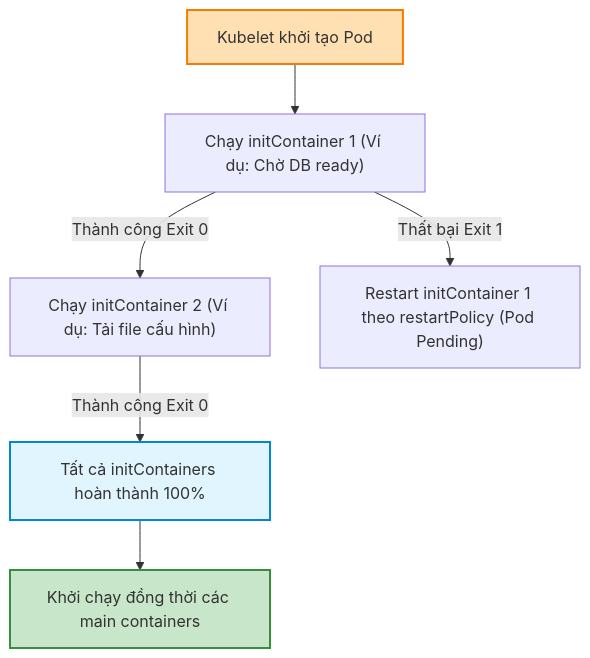
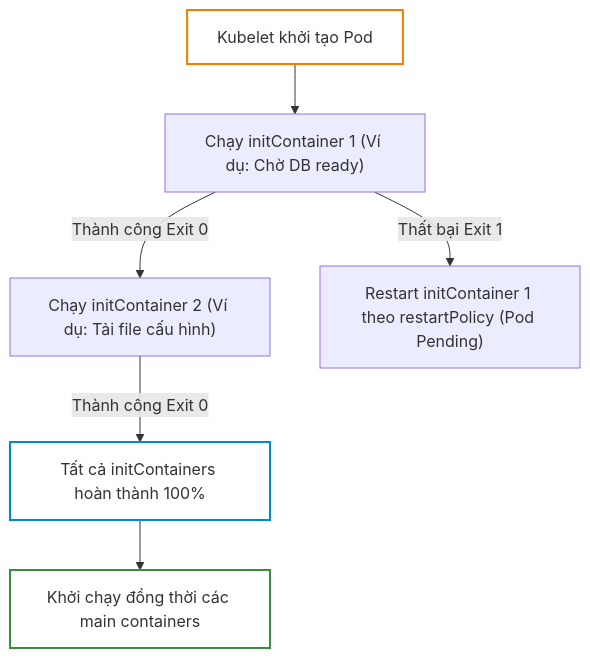
The first of 3 diagrams in _posts/2026-09-12-cka-14-14-pod-va-vong-doi.md (kiennt308/ntk), drawn with Mermaid before and after one commit. The commit also changed other lines of this file and 207 other files, not shown here.

Commit message:
feat(posts): batch standardize all 208 posts with TL;DR, qa-card accordion, fill:none mermaid, and liquid raw wrappers

````diff
--- a/_posts/2026-09-12-cka-14-14-pod-va-vong-doi.md
+++ b/_posts/2026-09-12-cka-14-14-pod-va-vong-doi.md
@@ -155,12 +159,12 @@
 ```mermaid
 graph TD
     A["Kubelet khởi tạo Pod"] --> B["Chạy initContainer 1 (Ví dụ: Chờ DB ready)"]
     B -->|Thành công Exit 0| C["Chạy initContainer 2 (Ví dụ: Tải file cấu hình)"]
     C -->|Thành công Exit 0| D["Tất cả initContainers hoàn thành 100%"]
     D --> E["Khởi chạy đồng thời các main containers"]
     B -->|Thất bại Exit 1| F["Restart initContainer 1 theo restartPolicy (Pod Pending)"]
 
-    style A fill:#ffe0b2,stroke:#f57c00,stroke-width:2px
-    style D fill:#e1f5fe,stroke:#0288d1,stroke-width:2px
-    style E fill:#c8e6c9,stroke:#388e3c,stroke-width:2px
+    style A fill:none,stroke:#f57c00,stroke-width:2px
+    style D fill:none,stroke:#0288d1,stroke-width:2px
+    style E fill:none,stroke:#388e3c,stroke-width:2px
 ```
````
